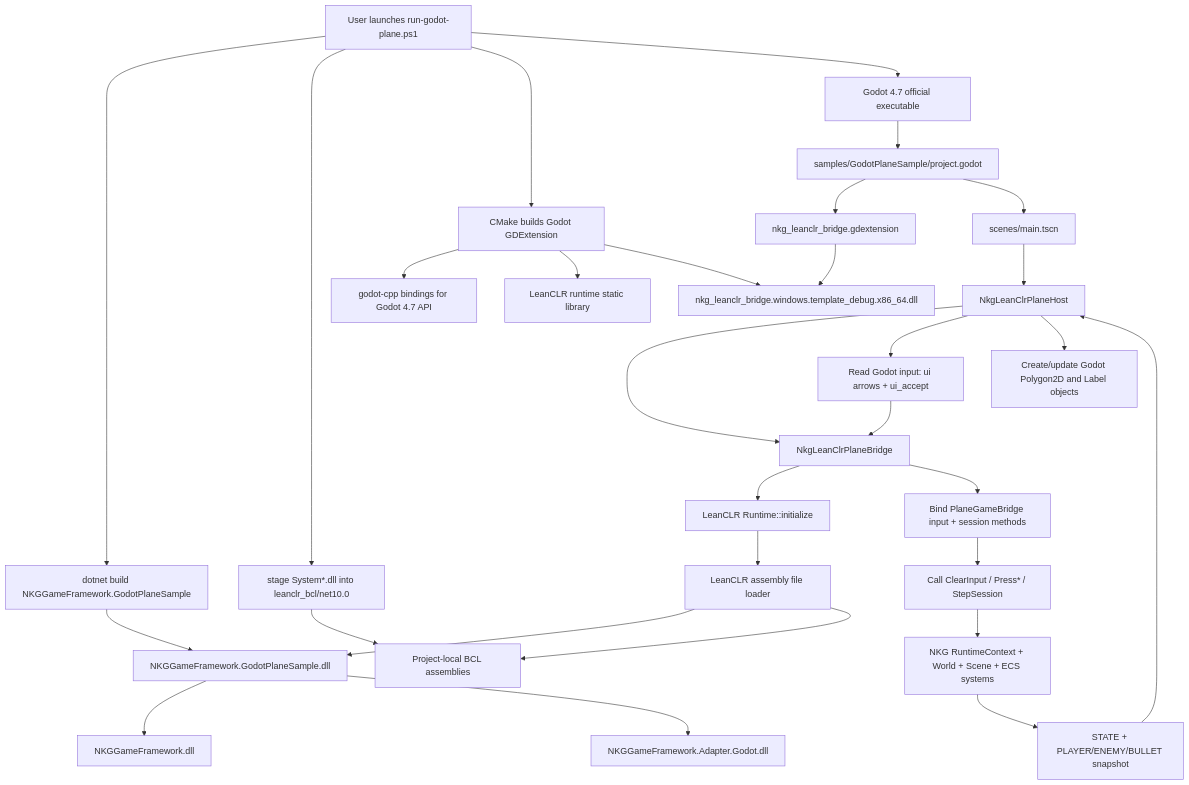
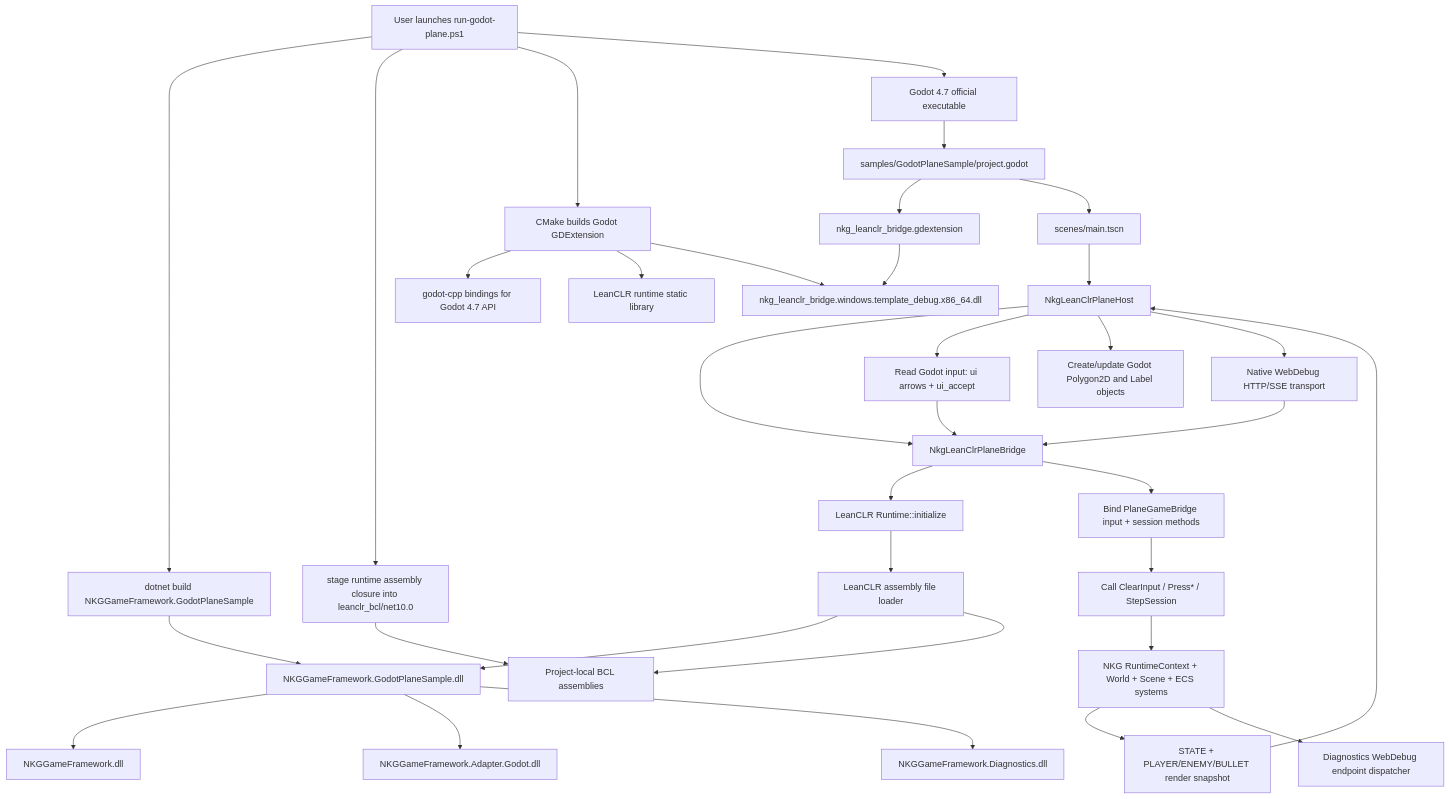
The first of 3 diagrams in docs/godot-leanclr-runtime-structure.md (wqaetly/NKGGameFramework), drawn with Mermaid before and after one commit. The commit also changed other lines of this file and 29 other files, not shown here.

First line of the commit message:
统一 WebDebug 到 Diagnostics 并清理 Godot 样例临时代码

````diff
--- a/docs/godot-leanclr-runtime-structure.md
+++ b/docs/godot-leanclr-runtime-structure.md
@@ -54,35 +55,39 @@
 ```mermaid
 flowchart TD
     User["User launches run-godot-plane.ps1"] --> BuildManaged["dotnet build NKGGameFramework.GodotPlaneSample"]
-    User --> StageBcl["stage System*.dll into leanclr_bcl/net10.0"]
+    User --> StageBcl["stage runtime assembly closure into leanclr_bcl/net10.0"]
     User --> BuildNative["CMake builds Godot GDExtension"]
     BuildNative --> GodotCpp["godot-cpp bindings for Godot 4.7 API"]
     BuildNative --> LeanClrLib["LeanCLR runtime static library"]
     BuildNative --> BridgeDll["nkg_leanclr_bridge.windows.template_debug.x86_64.dll"]
 
     BuildManaged --> ManagedDll["NKGGameFramework.GodotPlaneSample.dll"]
     ManagedDll --> CoreDll["NKGGameFramework.dll"]
     ManagedDll --> GodotContracts["NKGGameFramework.Adapter.Godot.dll"]
+    ManagedDll --> DiagnosticsDll["NKGGameFramework.Diagnostics.dll"]
 
     User --> GodotExe["Godot 4.7 official executable"]
     GodotExe --> Project["samples/GodotPlaneSample/project.godot"]
     Project --> GDExtension["nkg_leanclr_bridge.gdextension"]
     GDExtension --> BridgeDll
 
     Project --> MainScene["scenes/main.tscn"]
     MainScene --> Host["NkgLeanClrPlaneHost"]
     Host --> Bridge["NkgLeanClrPlaneBridge"]
     Bridge --> InitRuntime["LeanCLR Runtime::initialize"]
     InitRuntime --> AssemblyLoader["LeanCLR assembly file loader"]
     AssemblyLoader --> ManagedDll
     StageBcl --> BclAssemblies["Project-local BCL assemblies"]
     AssemblyLoader --> BclAssemblies
     Bridge --> BindMethods["Bind PlaneGameBridge input + session methods"]
     Host --> Input["Read Godot input: ui arrows + ui_accept"]
     Input --> Bridge
     BindMethods --> ManagedStep["Call ClearInput / Press* / StepSession"]
     ManagedStep --> NkgRuntime["NKG RuntimeContext + World + Scene + ECS systems"]
-    NkgRuntime --> Snapshot["STATE + PLAYER/ENEMY/BULLET snapshot"]
+    NkgRuntime --> Snapshot["STATE + PLAYER/ENEMY/BULLET render snapshot"]
+    NkgRuntime --> DebugSnapshot["Diagnostics WebDebug endpoint dispatcher"]
     Snapshot --> Host
     Host --> GodotObjects["Create/update Godot Polygon2D and Label objects"]
+    Host --> NativeDebug["Native WebDebug HTTP/SSE transport"]
+    NativeDebug --> Bridge
 ```
````
